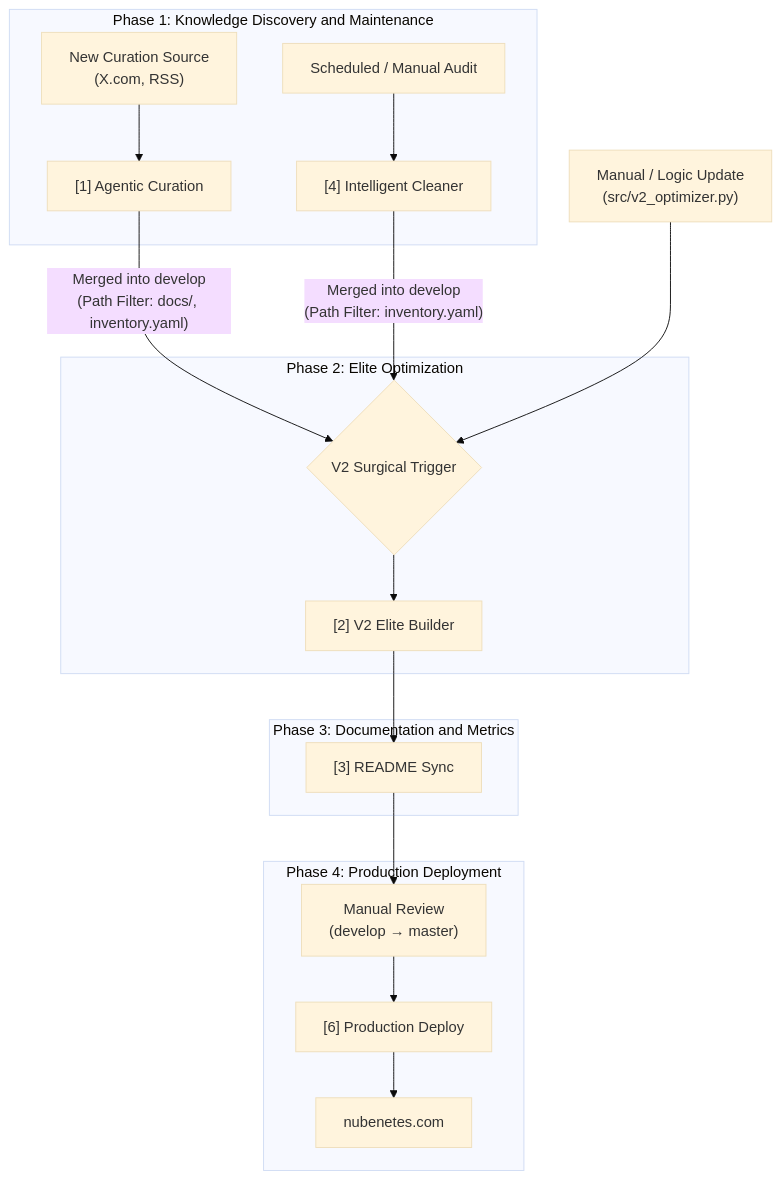
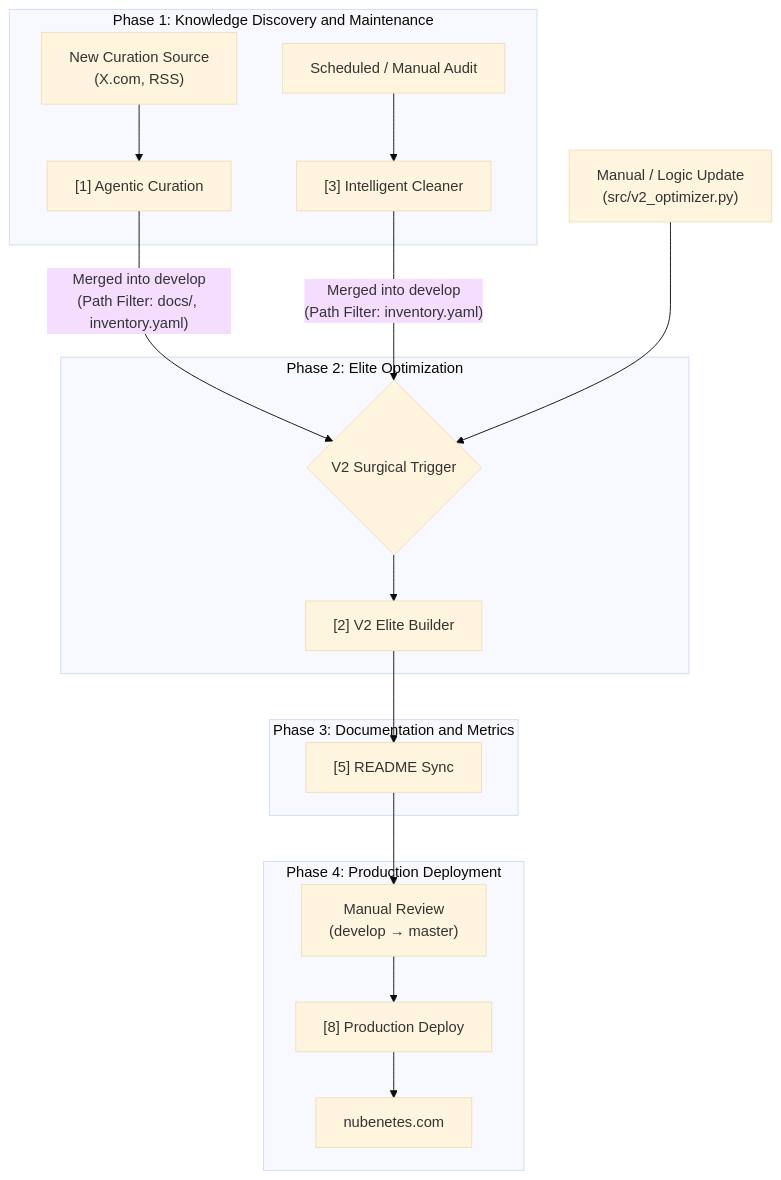
Before and after one commit to sec-js/awesome-kubernetes: the eighth of 10 diagrams in README.md, drawn with Mermaid (base theme). The commit also changed other lines of this file and 2 other files, not shown here.

Commit message:
docs: sync workflow manual inputs in README and normalize curation sources

````diff
--- a/README.md
+++ b/README.md
@@ -665,25 +665,25 @@
 ```mermaid
 graph TD
     subgraph "Phase 1: Knowledge Discovery and Maintenance"
         A["New Curation Source<br/>(X.com, RSS)"] --> B["[1] Agentic Curation"]
-        C["Scheduled / Manual Audit"] --> D["[4] Intelligent Cleaner"]
+        C["Scheduled / Manual Audit"] --> D["[3] Intelligent Cleaner"]
     end
 
     B -->|"Merged into develop<br/>(Path Filter: docs/, inventory.yaml)"| E{"V2 Surgical Trigger"}
     D -->|"Merged into develop<br/>(Path Filter: inventory.yaml)"| E
     F["Manual / Logic Update<br/>(src/v2_optimizer.py)"] --> E
 
     subgraph "Phase 2: Elite Optimization"
         E --> G["[2] V2 Elite Builder"]
     end
 
     subgraph "Phase 3: Documentation and Metrics"
-        G --> H["[3] README Sync"]
+        G --> H["[5] README Sync"]
     end
 
     subgraph "Phase 4: Production Deployment"
         H --> I["Manual Review<br/>(develop → master)"]
-        I --> J["[6] Production Deploy"]
+        I --> J["[8] Production Deploy"]
         J --> K["nubenetes.com"]
     end
 ```
````
